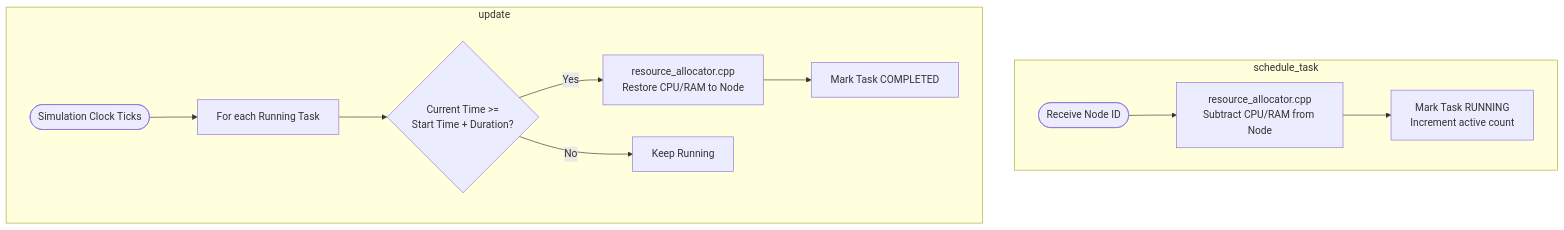
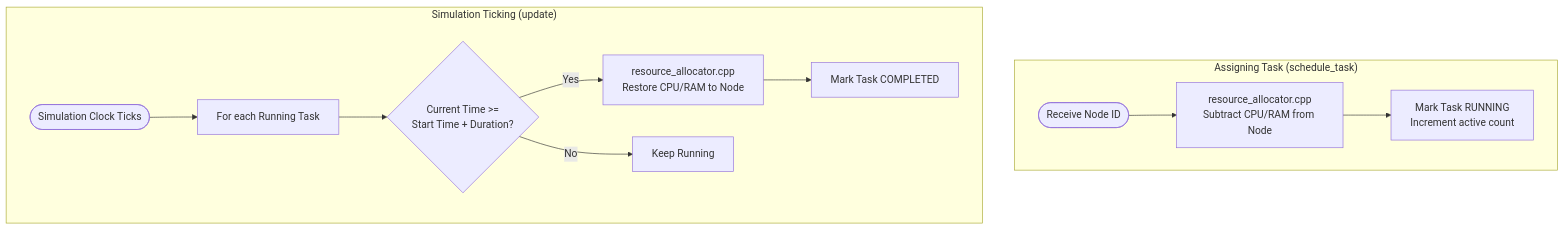
The fourth of 5 diagrams in Generated_Docs/cpp_architecture_diagrams.md (Yog964/carbon-aware-scheduler), drawn with Mermaid before and after one commit. The commit also changed other lines of this file and 3 other files, not shown here.

Commit message:
Fix Mermaid diagram syntax and parsing errors in generated documentation

````diff
--- a/Generated_Docs/cpp_architecture_diagrams.md
+++ b/Generated_Docs/cpp_architecture_diagrams.md
@@ -105,17 +105,17 @@
 ```mermaid
 flowchart TD
-    subgraph Assigning Task [schedule_task]
-        Sch([Receive Node ID]) --> Alloc[resource_allocator.cpp<br>Subtract CPU/RAM from Node]
-        Alloc --> Run[Mark Task RUNNING<br>Increment active count]
+    subgraph AssignTask ["Assigning Task (schedule_task)"]
+        Sch([Receive Node ID]) --> Alloc["resource_allocator.cpp<br>Subtract CPU/RAM from Node"]
+        Alloc --> Run["Mark Task RUNNING<br>Increment active count"]
     end
     
-    subgraph Simulation Ticking [update]
-        Upd([Simulation Clock Ticks]) --> Loop[For each Running Task]
-        Loop --> CheckTime{Current Time >=<br>Start Time + Duration?}
+    subgraph SimTick ["Simulation Ticking (update)"]
+        Upd([Simulation Clock Ticks]) --> Loop["For each Running Task"]
+        Loop --> CheckTime{"Current Time &gt;=<br>Start Time + Duration?"}
         
-        CheckTime -- Yes --> Rel[resource_allocator.cpp<br>Restore CPU/RAM to Node]
-        Rel --> Done[Mark Task COMPLETED]
+        CheckTime -->|Yes| Rel["resource_allocator.cpp<br>Restore CPU/RAM to Node"]
+        Rel --> Done["Mark Task COMPLETED"]
         
-        CheckTime -- No --> Next[Keep Running]
+        CheckTime -->|No| Next["Keep Running"]
     end
 ```
````
